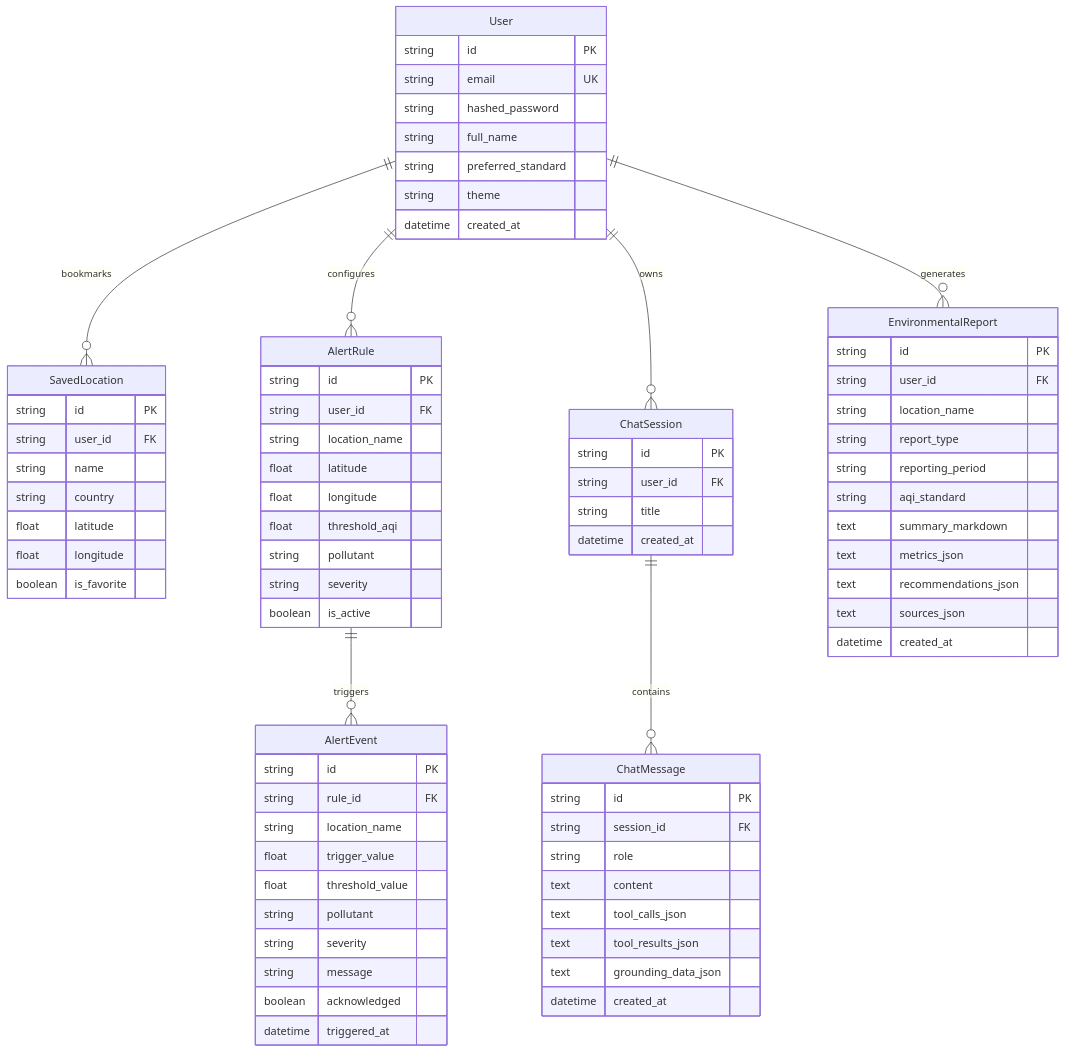
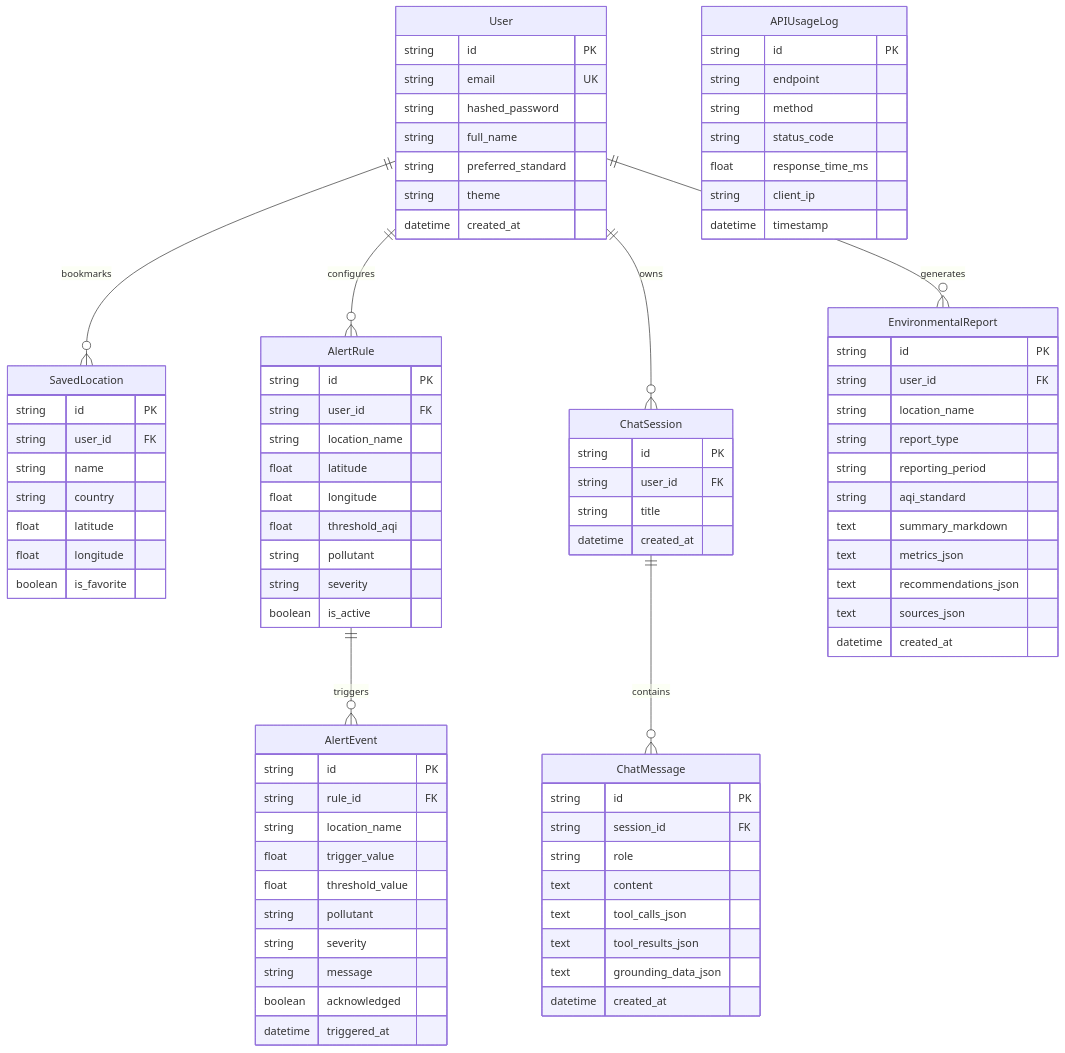
The third of 3 diagrams in README.md (ravishrshetty501-stack/aerosense), drawn with Mermaid before and after one commit. The commit also changed other lines of this file, not shown here.

````diff
--- a/README.md
+++ b/README.md
@@ -440,4 +456,14 @@
         text sources_json
         datetime created_at
     }
+
+    APIUsageLog {
+        string id PK
+        string endpoint
+        string method
+        string status_code
+        float response_time_ms
+        string client_ip
+        datetime timestamp
+    }
 ```
````
